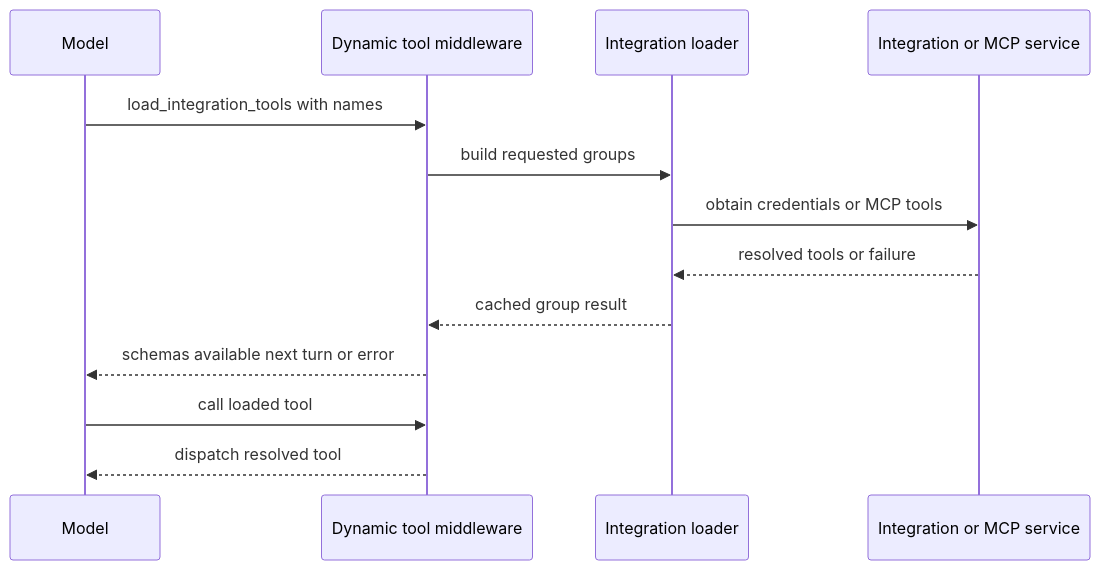
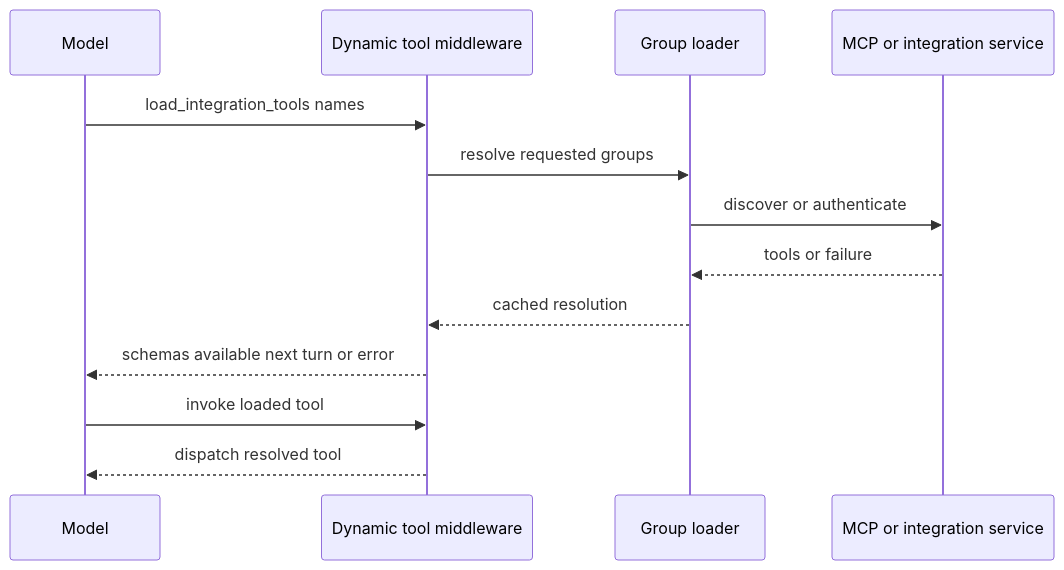
The second of 2 diagrams in openwiki/concepts/tools.md (langchain-ai/open-swe), drawn with Mermaid before and after one commit. The commit also changed other lines of this file and 51 other files, not shown here.

````diff
--- a/openwiki/concepts/tools.md
+++ b/openwiki/concepts/tools.md
@@ -91,16 +99,16 @@
 ```mermaid
 sequenceDiagram
     participant Model
-    participant Middleware as Dynamic tool middleware
-    participant Loader as Integration loader
-    participant Service as Integration or MCP service
+    participant Dynamic as Dynamic tool middleware
+    participant Loader as Group loader
+    participant Service as MCP or integration service
 
-    Model->>Middleware: load_integration_tools with names
-    Middleware->>Loader: build requested groups
-    Loader->>Service: obtain credentials or MCP tools
-    Service-->>Loader: resolved tools or failure
-    Loader-->>Middleware: cached group result
-    Middleware-->>Model: schemas available next turn or error
-    Model->>Middleware: call loaded tool
-    Middleware-->>Model: dispatch resolved tool
+    Model->>Dynamic: load_integration_tools names
+    Dynamic->>Loader: resolve requested groups
+    Loader->>Service: discover or authenticate
+    Service-->>Loader: tools or failure
+    Loader-->>Dynamic: cached resolution
+    Dynamic-->>Model: schemas available next turn or error
+    Model->>Dynamic: invoke loaded tool
+    Dynamic-->>Model: dispatch resolved tool
 ```
````
